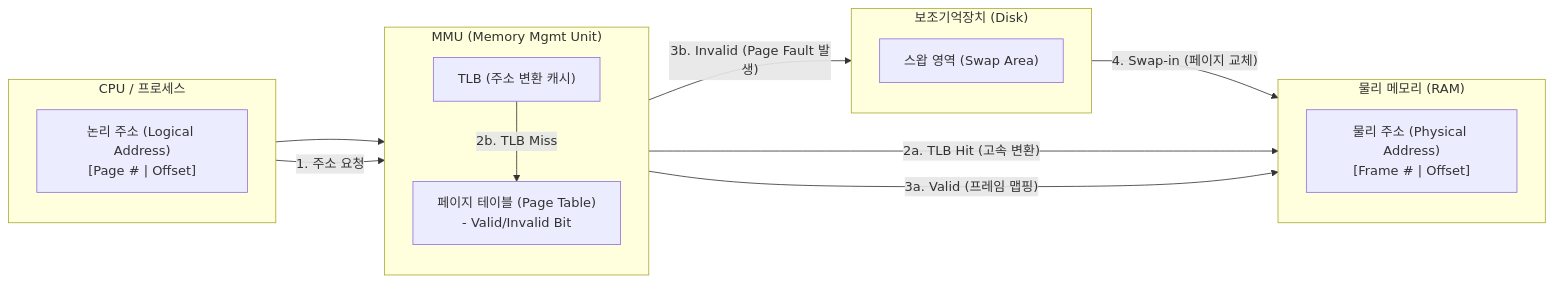
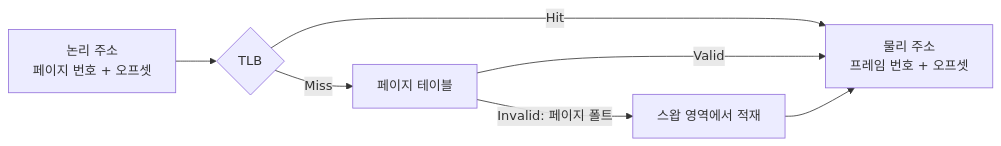
One commit to supremethumb/supremethumb.github.io changed the diagram in content/01_IT Tech/메모리 관리.md. Above: the diagram before and after it, drawn with Mermaid. The commit also changed other lines of this file and 1087 other files, not shown here.

````diff
--- a/content/01_IT Tech/메모리 관리.md
+++ b/content/01_IT Tech/메모리 관리.md
@@ -30,32 +34,9 @@
 ```mermaid
 flowchart LR
-    subgraph CPU["CPU / 프로세스"]
-        direction TB
-        LA["논리 주소 (Logical Address)<br/>[Page # | Offset]"]
-    end
-
-    subgraph MMU["MMU (Memory Mgmt Unit)"]
-        direction TB
-        TLB["TLB (주소 변환 캐시)"]
-        PT["페이지 테이블 (Page Table)<br/>- Valid/Invalid Bit"]
-    end
-
-    subgraph Memory["물리 메모리 (RAM)"]
-        direction TB
-        PA["물리 주소 (Physical Address)<br/>[Frame # | Offset]"]
-    end
-
-    subgraph Storage["보조기억장치 (Disk)"]
-        direction TB
-        SWAP["스왑 영역 (Swap Area)"]
-    end
-
-    CPU -- "1. 주소 요청" --> MMU
-    LA --> TLB
-    TLB -- "2a. TLB Hit (고속 변환)" --> PA
-    TLB -- "2b. TLB Miss" --> PT
-    PT -- "3a. Valid (프레임 맵핑)" --> PA
-    PT -- "3b. Invalid (Page Fault 발생)" --> SWAP
-    SWAP -- "4. Swap-in (페이지 교체)" --> PA
-
+    LA["논리 주소<br/>페이지 번호 + 오프셋"] --> TLB{"TLB"}
+    TLB -- "Hit" --> PA["물리 주소<br/>프레임 번호 + 오프셋"]
+    TLB -- "Miss" --> PT["페이지 테이블"]
+    PT -- "Valid" --> PA
+    PT -- "Invalid: 페이지 폴트" --> SW["스왑 영역에서 적재"]
+    SW --> PA
 ```
````
